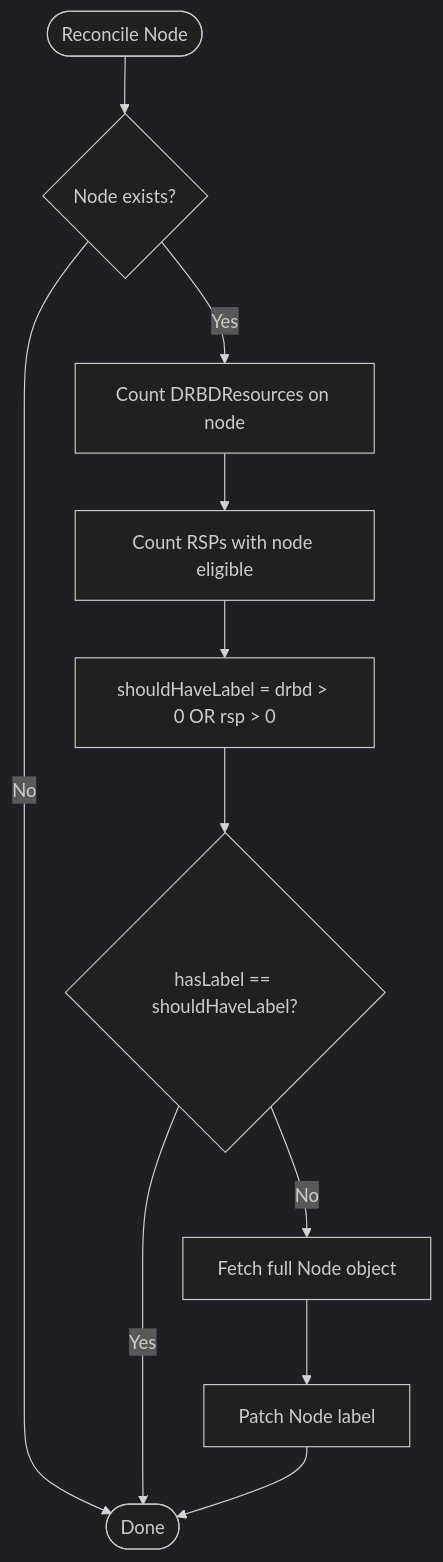
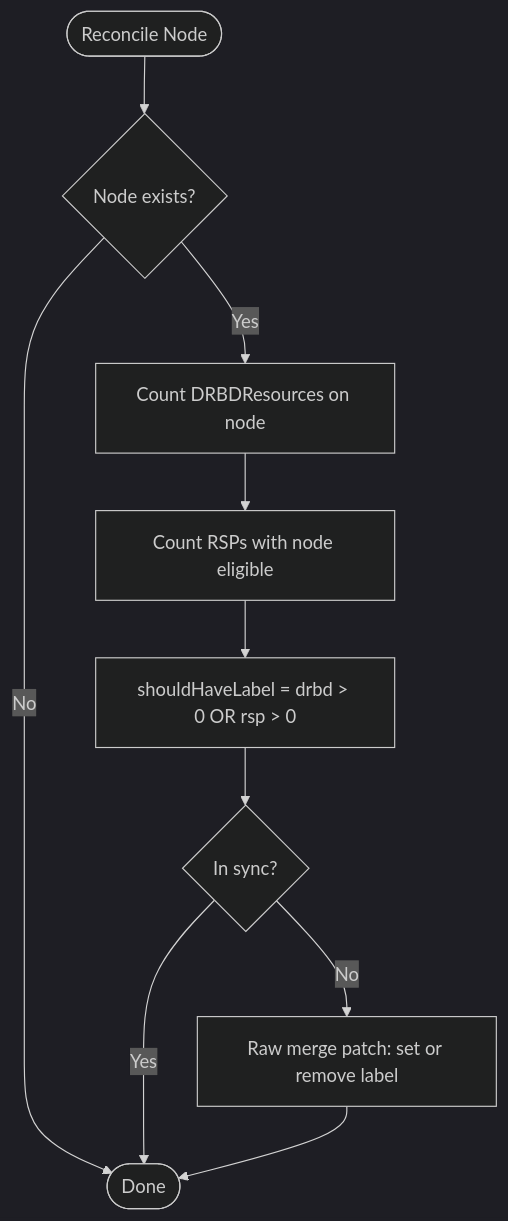
The first of 2 diagrams in images/controller/internal/controllers/node_controller/README.md (deckhouse/sds-replicated-volume), drawn with Mermaid (dark theme) before and after one commit. The commit also changed other lines of this file and 4 other files, not shown here.

First line of the commit message:
[node_controller] Fix label value and optimize patch strategy

````diff
--- a/images/controller/internal/controllers/node_controller/README.md
+++ b/images/controller/internal/controllers/node_controller/README.md
@@ -49,13 +51,12 @@
 ```mermaid
 flowchart TD
     Start([Reconcile Node]) --> CheckExists{Node exists?}
     CheckExists -->|No| Done([Done])
     CheckExists -->|Yes| GetDRBD[Count DRBDResources on node]
     GetDRBD --> GetRSP[Count RSPs with node eligible]
     GetRSP --> ComputeTarget[shouldHaveLabel = drbd > 0 OR rsp > 0]
-    ComputeTarget --> CheckSync{hasLabel == shouldHaveLabel?}
+    ComputeTarget --> CheckSync{In sync?}
     CheckSync -->|Yes| Done
-    CheckSync -->|No| FetchNode[Fetch full Node object]
-    FetchNode --> Patch[Patch Node label]
+    CheckSync -->|No| Patch[Raw merge patch: set or remove label]
     Patch --> Done
 ```
````
